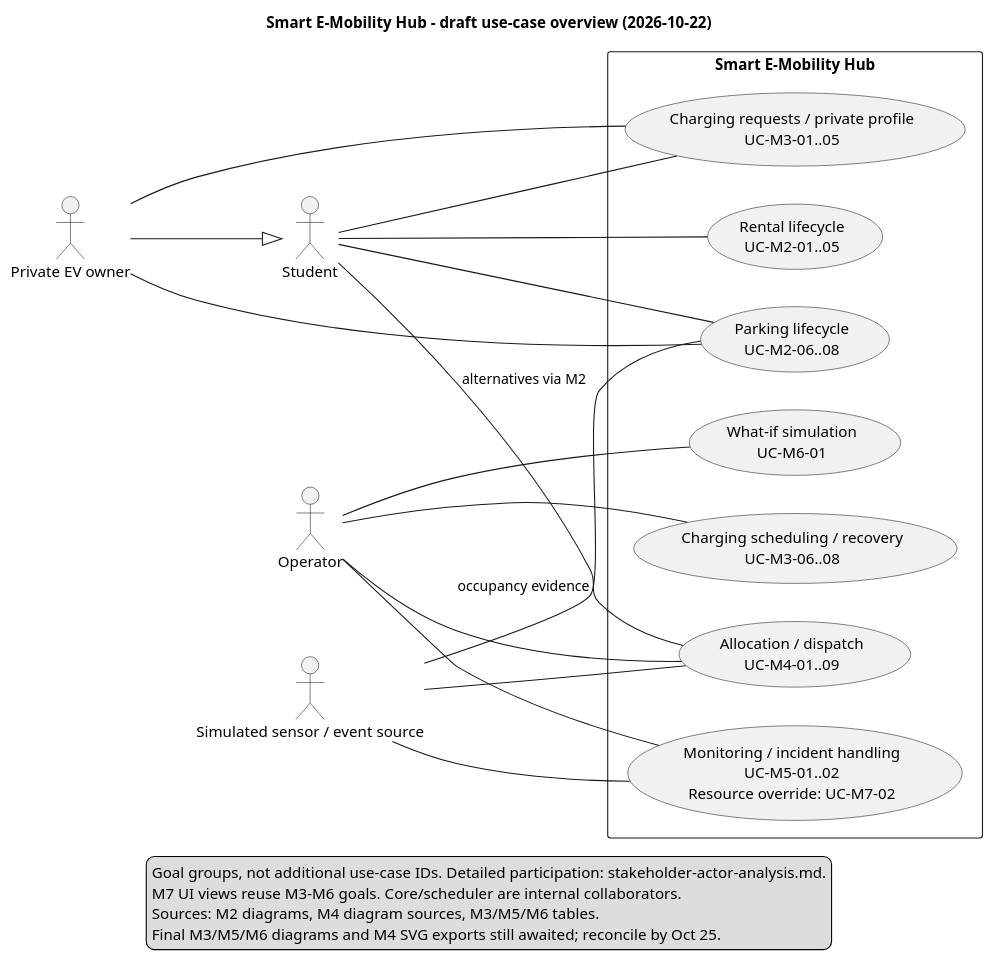
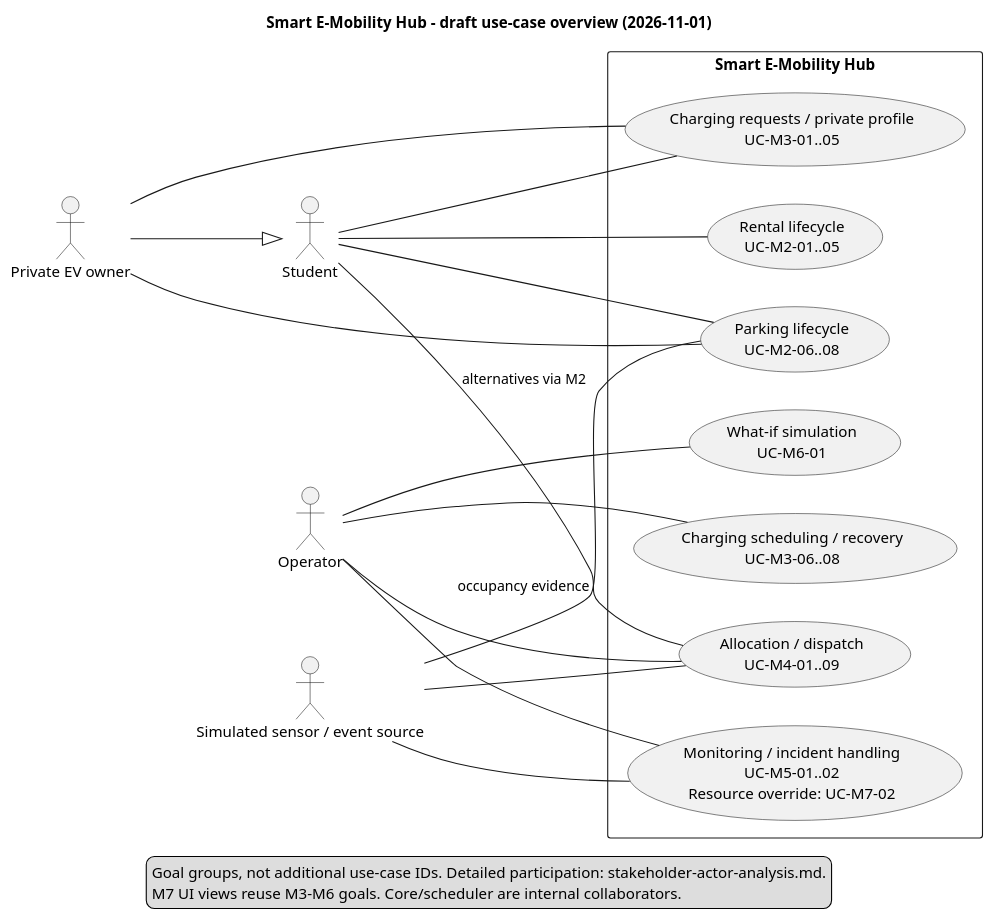
The diagram in docs/requirements/use-case-diagrams/uc-overview.puml (MabC06/smart-e-mobility-hub), drawn with PlantUML before and after one commit. The commit also changed 20 other files, not shown here.

```diff
--- a/docs/requirements/use-case-diagrams/uc-overview.puml
+++ b/docs/requirements/use-case-diagrams/uc-overview.puml
@@ -1,38 +1,36 @@
 @startuml
-title Smart E-Mobility Hub - draft use-case overview (2026-10-22)
+title Smart E-Mobility Hub - draft use-case overview (2026-11-01)
 left to right direction
 skinparam shadowing false
 actor Student
 actor "Private EV owner" as Owner
 actor Operator
 actor "Simulated sensor / event source" as Sensor
 Owner --|> Student
 rectangle "Smart E-Mobility Hub" {
   usecase "Rental lifecycle\nUC-M2-01..05" as Rental
   usecase "Parking lifecycle\nUC-M2-06..08" as Parking
   usecase "Charging requests / private profile\nUC-M3-01..05" as Charge
   usecase "Charging scheduling / recovery\nUC-M3-06..08" as Schedule
   usecase "Allocation / dispatch\nUC-M4-01..09" as Dispatch
   usecase "Monitoring / incident handling\nUC-M5-01..02\nResource override: UC-M7-02" as Monitor
   usecase "What-if simulation\nUC-M6-01" as Simulation
 }
 Student -- Rental
 Student -- Parking
 Student -- Charge
 Owner -- Parking
 Owner -- Charge
 Operator -- Schedule
 Operator -- Dispatch
 Operator -- Monitor
 Operator -- Simulation
 Student -- Dispatch : alternatives via M2
 Sensor -- Monitor
 Sensor -- Dispatch
 Sensor -- Parking : occupancy evidence
 legend bottom
   Goal groups, not additional use-case IDs. Detailed participation: stakeholder-actor-analysis.md.
   M7 UI views reuse M3-M6 goals. Core/scheduler are internal collaborators.
-  Sources: M2 diagrams, M4 diagram sources, M3/M5/M6 tables.
-  Final M3/M5/M6 diagrams and M4 SVG exports still awaited; reconcile by Oct 25.
 endlegend
 @enduml
```
